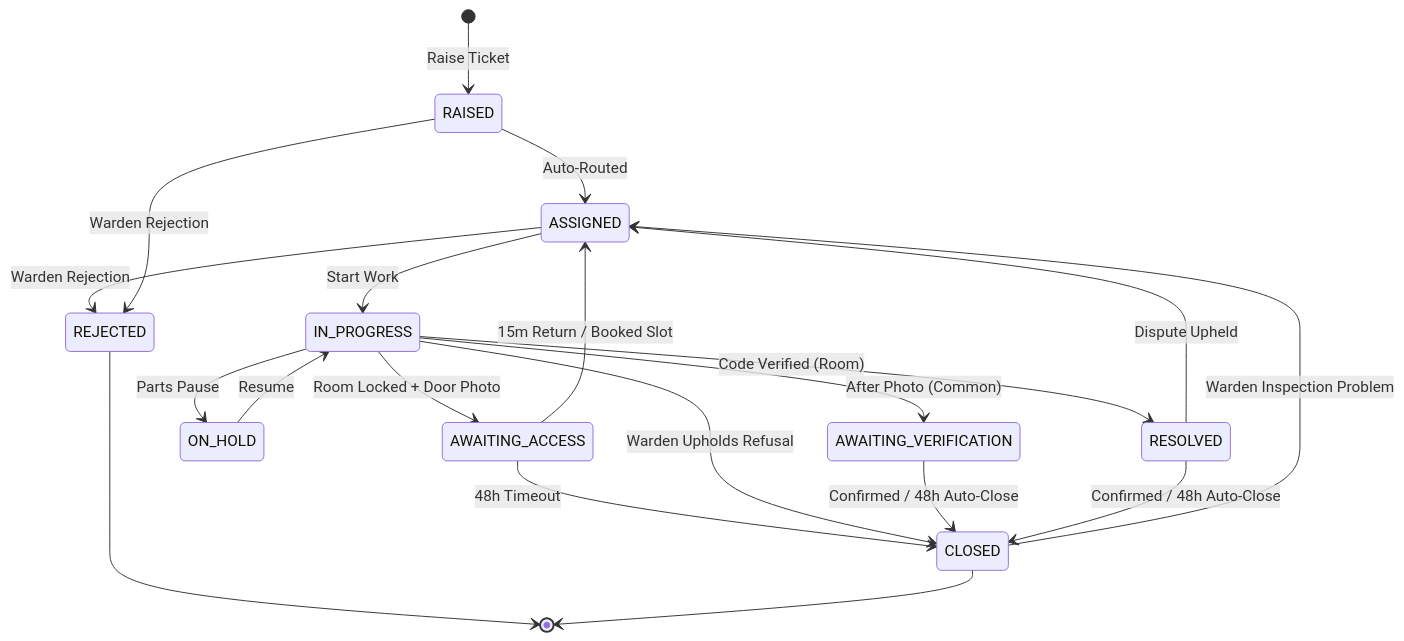
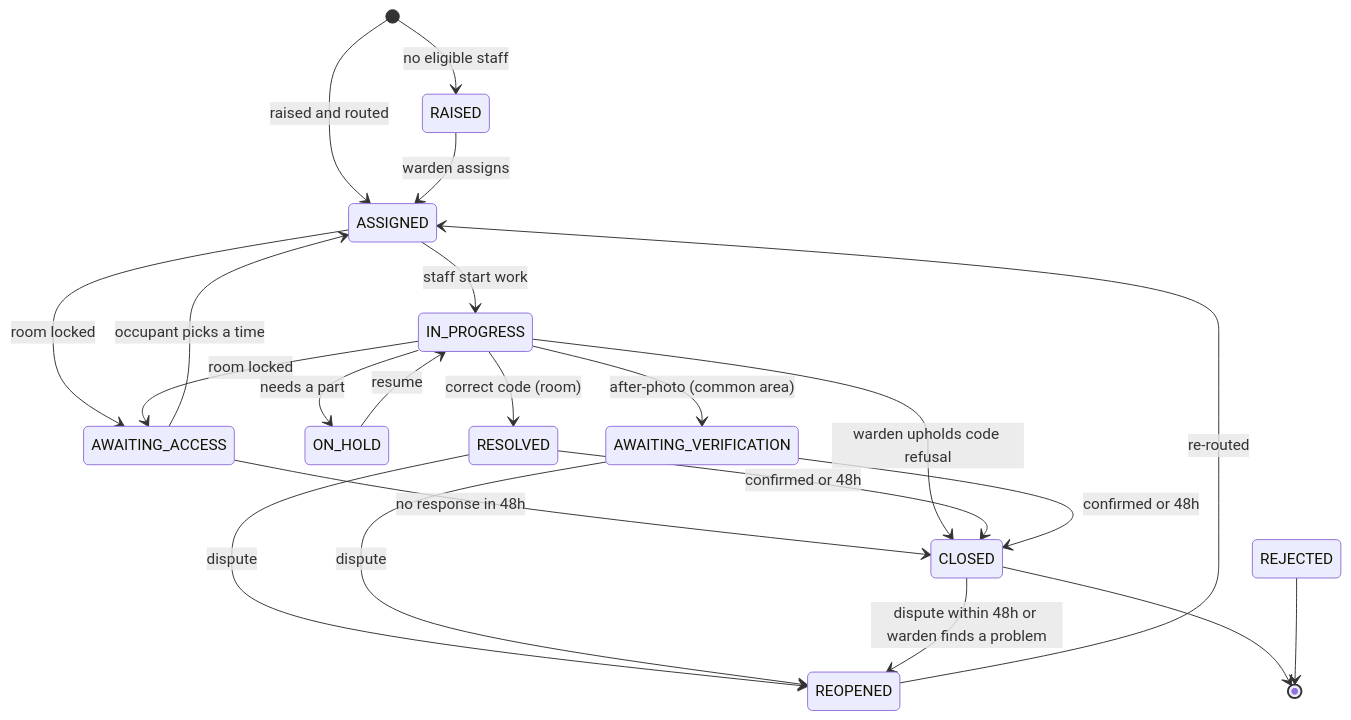
One commit to Aditya2514/HostelDesk changed the third of 4 diagrams in README.md. Above: the diagram before and after it, drawn with Mermaid. The commit also changed other lines of this file and 1 other file, not shown here.

First line of the commit message:
docs: rewrite README and correct architecture examples

````diff
--- a/README.md
+++ b/README.md
@@ -103,22 +249,24 @@
 ```mermaid
 stateDiagram-v2
-  [*] --> RAISED : Raise Ticket
-  RAISED --> ASSIGNED : Auto-Routed
-  ASSIGNED --> IN_PROGRESS : Start Work
-  IN_PROGRESS --> AWAITING_ACCESS : Room Locked + Door Photo
-  AWAITING_ACCESS --> ASSIGNED : 15m Return / Booked Slot
-  AWAITING_ACCESS --> CLOSED : 48h Timeout
-  IN_PROGRESS --> ON_HOLD : Parts Pause
-  ON_HOLD --> IN_PROGRESS : Resume
-  IN_PROGRESS --> RESOLVED : Code Verified (Room)
-  IN_PROGRESS --> AWAITING_VERIFICATION : After Photo (Common)
-  IN_PROGRESS --> CLOSED : Warden Upholds Refusal
-  AWAITING_VERIFICATION --> CLOSED : Confirmed / 48h Auto-Close
-  RESOLVED --> CLOSED : Confirmed / 48h Auto-Close
-  RESOLVED --> ASSIGNED : Dispute Upheld
-  CLOSED --> ASSIGNED : Warden Inspection Problem
-  ASSIGNED --> REJECTED : Warden Rejection
-  RAISED --> REJECTED : Warden Rejection
-  REJECTED --> [*]
-  CLOSED --> [*]
+    [*] --> ASSIGNED: raised and routed
+    [*] --> RAISED: no eligible staff
+    RAISED --> ASSIGNED: warden assigns
+    ASSIGNED --> IN_PROGRESS: staff start work
+    ASSIGNED --> AWAITING_ACCESS: room locked
+    IN_PROGRESS --> AWAITING_ACCESS: room locked
+    AWAITING_ACCESS --> ASSIGNED: occupant picks a time
+    AWAITING_ACCESS --> CLOSED: no response in 48h
+    IN_PROGRESS --> ON_HOLD: needs a part
+    ON_HOLD --> IN_PROGRESS: resume
+    IN_PROGRESS --> RESOLVED: correct code (room)
+    IN_PROGRESS --> AWAITING_VERIFICATION: after-photo (common area)
+    IN_PROGRESS --> CLOSED: warden upholds code refusal
+    RESOLVED --> CLOSED: confirmed or 48h
+    AWAITING_VERIFICATION --> CLOSED: confirmed or 48h
+    RESOLVED --> REOPENED: dispute
+    AWAITING_VERIFICATION --> REOPENED: dispute
+    CLOSED --> REOPENED: dispute within 48h or warden finds a problem
+    REOPENED --> ASSIGNED: re-routed
+    CLOSED --> [*]
+    REJECTED --> [*]
 ```
````
